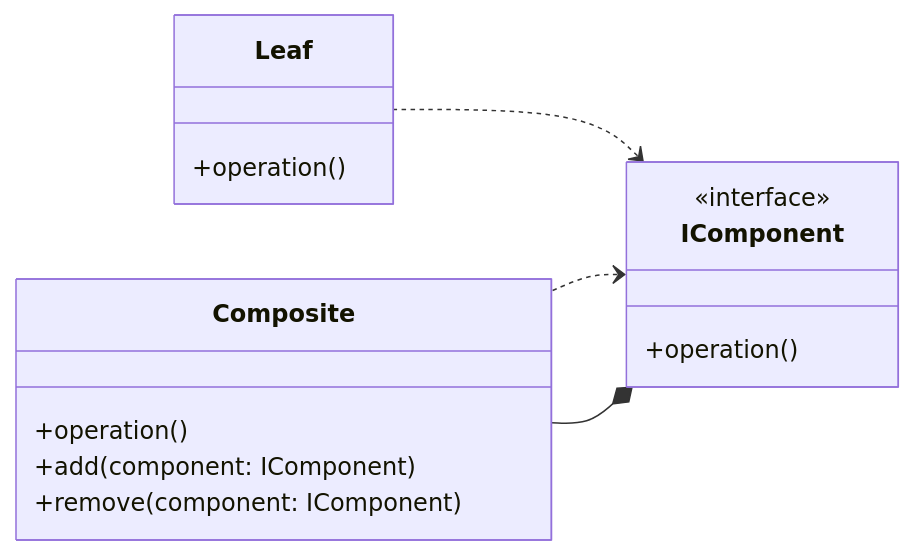
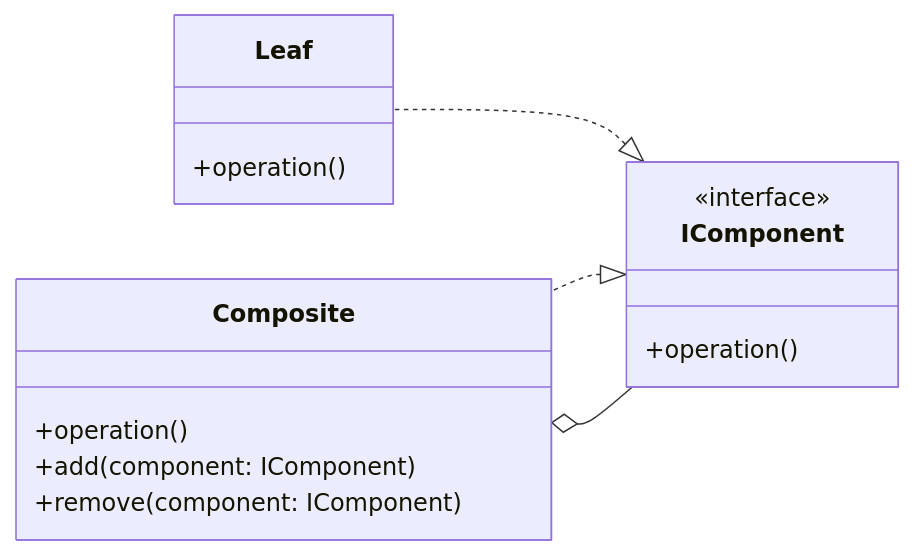
Before and after one commit to SamuelLnds/LandaisSamuel_TP_DesignPatterns: the first of 2 diagrams in Composite/README.md, drawn with Mermaid. The commit also changed 7 other files, not shown here.

````diff
--- a/Composite/README.md
+++ b/Composite/README.md
@@ -9,23 +9,23 @@
 ```mermaid
 classDiagram
-	direction RL
+    direction RL
 
-	class IComponent  {
-		<<interface>>
-		+operation()
-	}
-	
-	class Leaf {
-		+operation()
-	}
-	
-	class Composite {
-		+operation()
-		+add(component: IComponent)
-		+remove(component: IComponent)
-	}
-	
-	IComponent <.. Leaf
-	IComponent <.. Composite
-	IComponent *-- Composite
+    class IComponent {
+        <<interface>>
+        +operation()
+    }
+    
+    class Leaf {
+        +operation()
+    }
+    
+    class Composite {
+        +operation()
+        +add(component: IComponent)
+        +remove(component: IComponent)
+    }
+    
+    IComponent <|.. Leaf
+    IComponent <|.. Composite
+    Composite o-- IComponent
 ```
````
